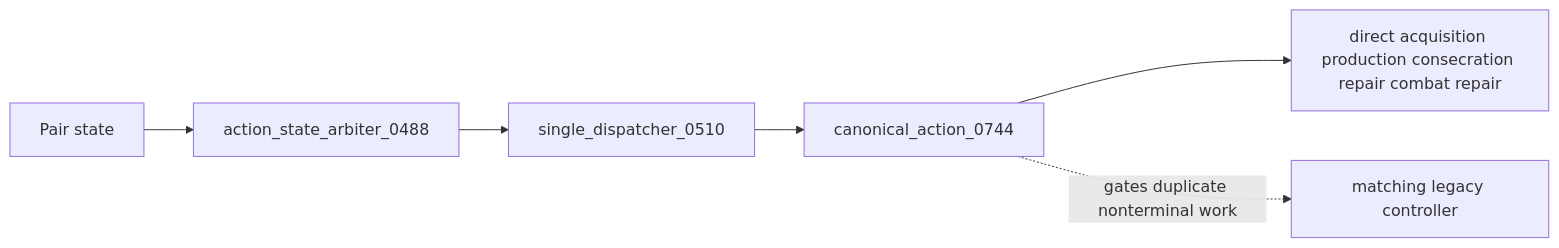
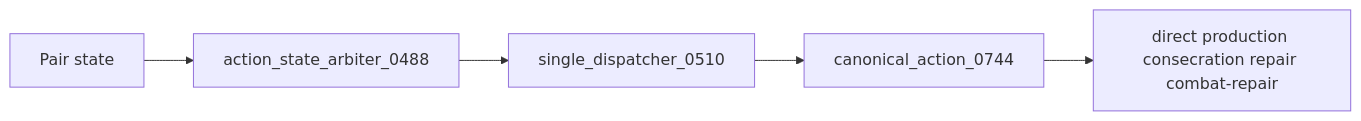
One commit to mrcalzon02/Tech-Priests changed the tenth of 11 diagrams in docs/RECOVERY_AUTHORITY_MAP_CURRENT.md. Above: the diagram before and after it, drawn with Mermaid. The commit also changed other lines of this file, not shown here.

Commit message:
Map consolidated repair authority

````diff
--- a/docs/RECOVERY_AUTHORITY_MAP_CURRENT.md
+++ b/docs/RECOVERY_AUTHORITY_MAP_CURRENT.md
@@ -227,12 +228,9 @@
 ```mermaid
 flowchart LR
     Pair[Pair state]
     Classifier[action_state_arbiter_0488]
     Dispatcher[single_dispatcher_0510]
     Record[canonical_action_0744]
-    Core[direct acquisition production consecration repair combat repair]
-    Legacy[matching legacy controller]
-
+    Core[direct production consecration repair combat-repair]
     Pair --> Classifier --> Dispatcher --> Record --> Core
-    Record -. gates duplicate nonterminal work .-> Legacy
 ```
````
